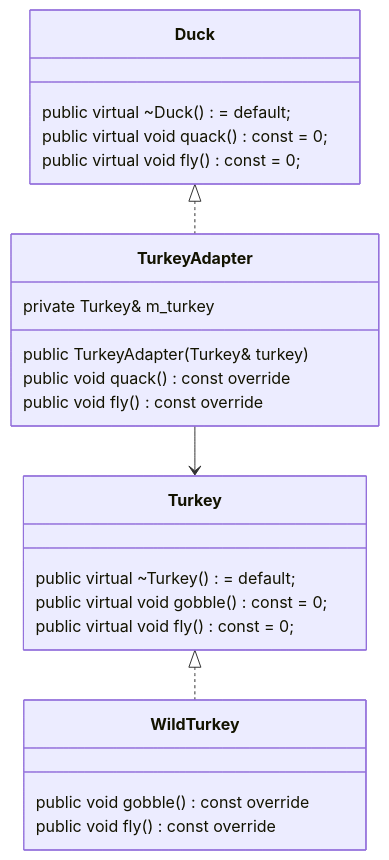
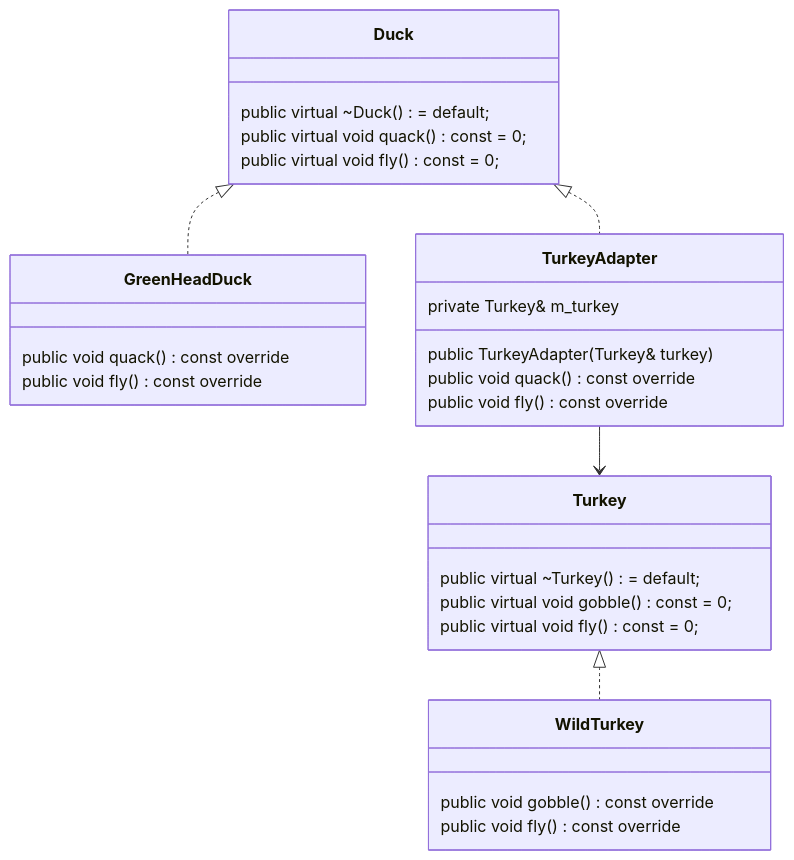
One commit to rngoodner/design-patterns changed the seventh of 13 diagrams in README.md. Above: the diagram before and after it, drawn with Mermaid. The commit also changed other lines of this file, not shown here.

Commit message:
sync README class diagrams with current code

````diff
--- a/README.md
+++ b/README.md
@@ -361,31 +517,37 @@
 ```mermaid
 classDiagram
 
 class Duck {
     public virtual ~Duck() = default;
     public virtual void quack() const = 0;
     public virtual void fly() const = 0;
 }
 
 class Turkey {
     public virtual ~Turkey() = default;
     public virtual void gobble() const = 0;
     public virtual void fly() const = 0;
 }
 
+class GreenHeadDuck {
+    public void quack() const override
+    public void fly() const override
+}
+
 class WildTurkey {
     public void gobble() const override
     public void fly() const override
 }
 
 class TurkeyAdapter {
     public TurkeyAdapter(Turkey& turkey)
     public void quack() const override
     public void fly() const override
     private Turkey& m_turkey
 }
 
+Duck <|.. GreenHeadDuck
 Duck <|.. TurkeyAdapter
 Turkey <|.. WildTurkey
 TurkeyAdapter --> Turkey
 ```
````
